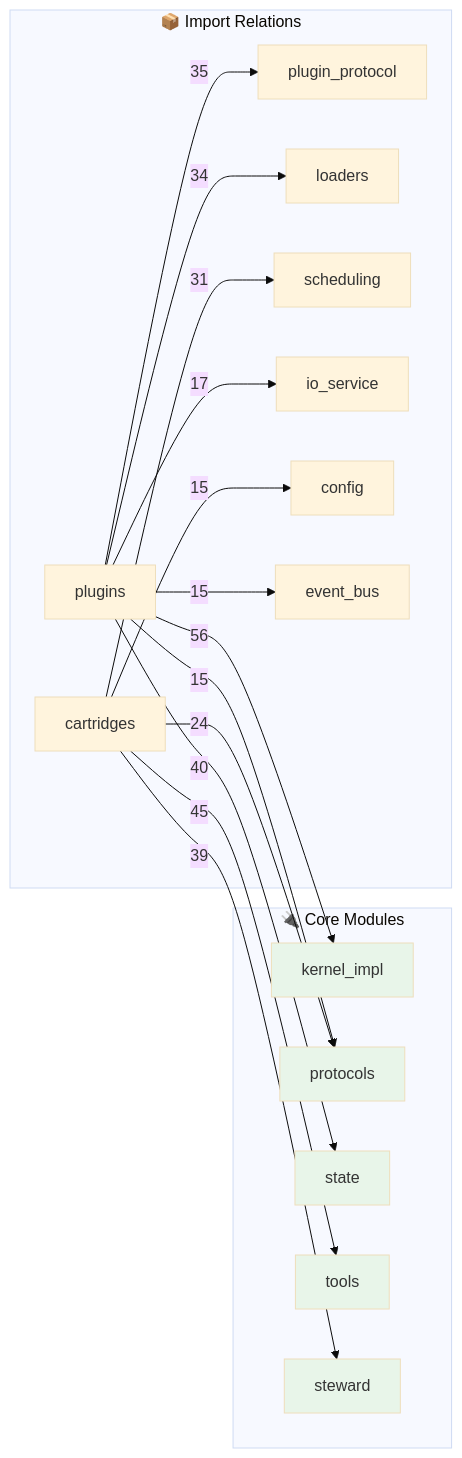
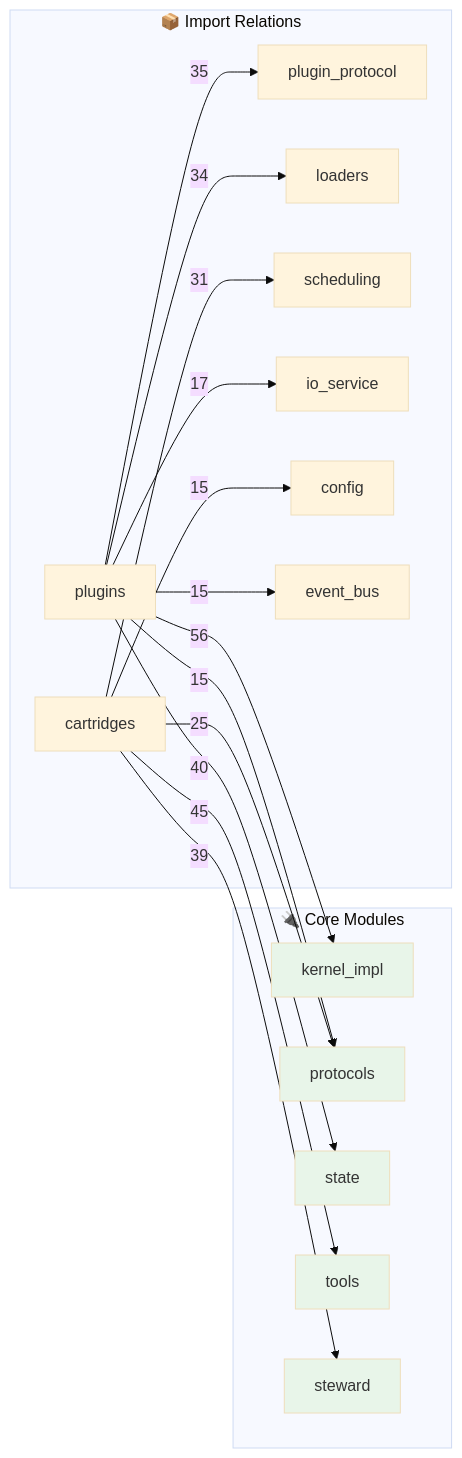
One commit to kimeisele/steward-protocol changed the second of 2 diagrams in OPUS.md. Above: the diagram before and after it, drawn with Mermaid (base theme). The commit also changed other lines of this file and 15 other files, not shown here.

````diff
--- a/OPUS.md
+++ b/OPUS.md
@@ -800,31 +802,31 @@
 ```mermaid
 flowchart LR
     subgraph Core["🔌 Core Modules"]
         kernel_impl[kernel_impl]
         protocols[protocols]
         state[state]
         tools[tools]
         steward[steward]
     end
 
     subgraph Edges["📦 Import Relations"]
         plugins -->|56| kernel_impl
         cartridges -->|45| tools
         plugins -->|40| state
         cartridges -->|39| steward
         plugins -->|35| plugin_protocol
         plugins -->|34| loaders
         cartridges -->|31| scheduling
-        cartridges -->|24| protocols
+        cartridges -->|25| protocols
         plugins -->|17| io_service
         cartridges -->|15| config
         plugins -->|15| event_bus
         plugins -->|15| protocols
     end
 
     style kernel_impl fill:#e8f5e9
     style protocols fill:#e8f5e9
     style state fill:#e8f5e9
     style tools fill:#e8f5e9
     style steward fill:#e8f5e9
 ```
````
